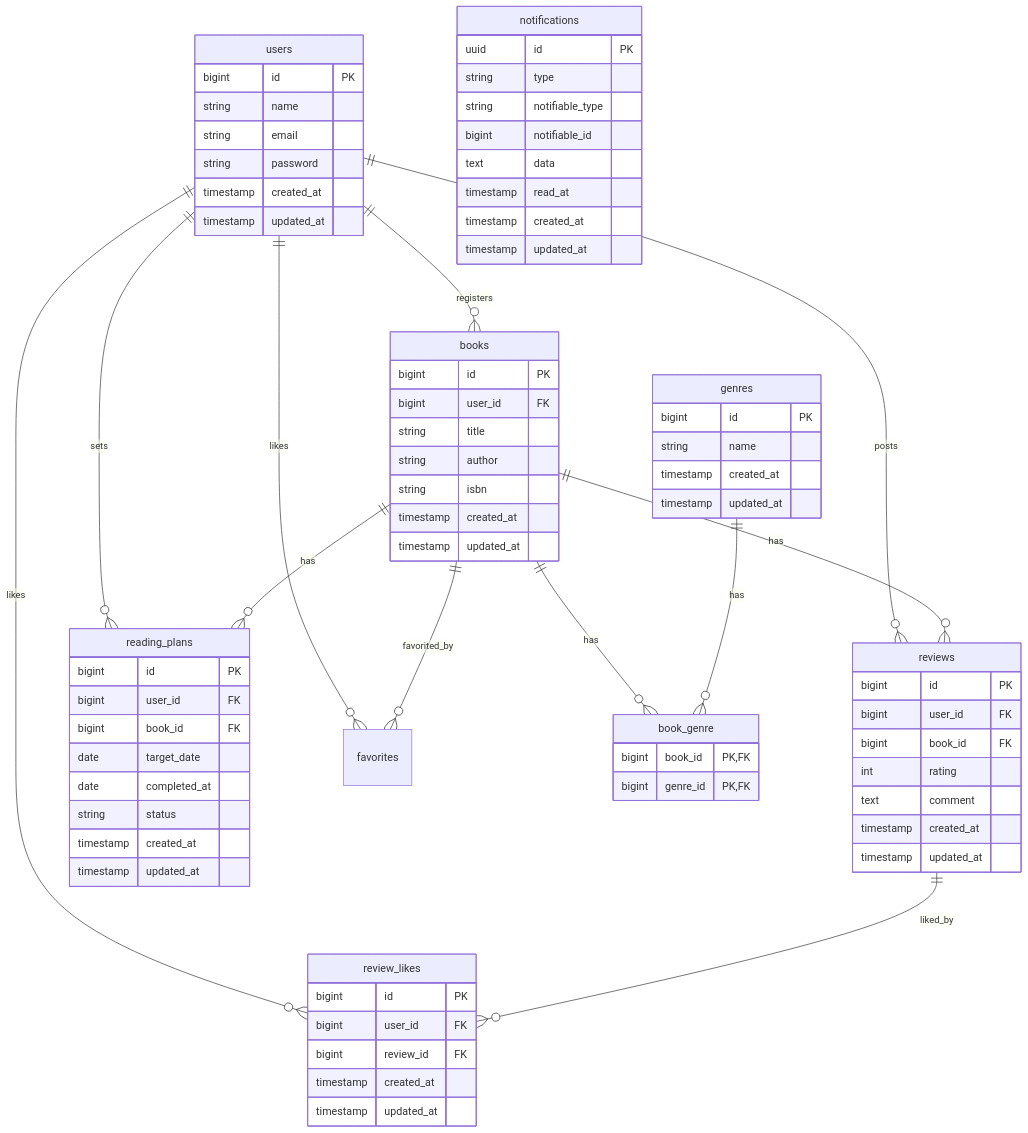
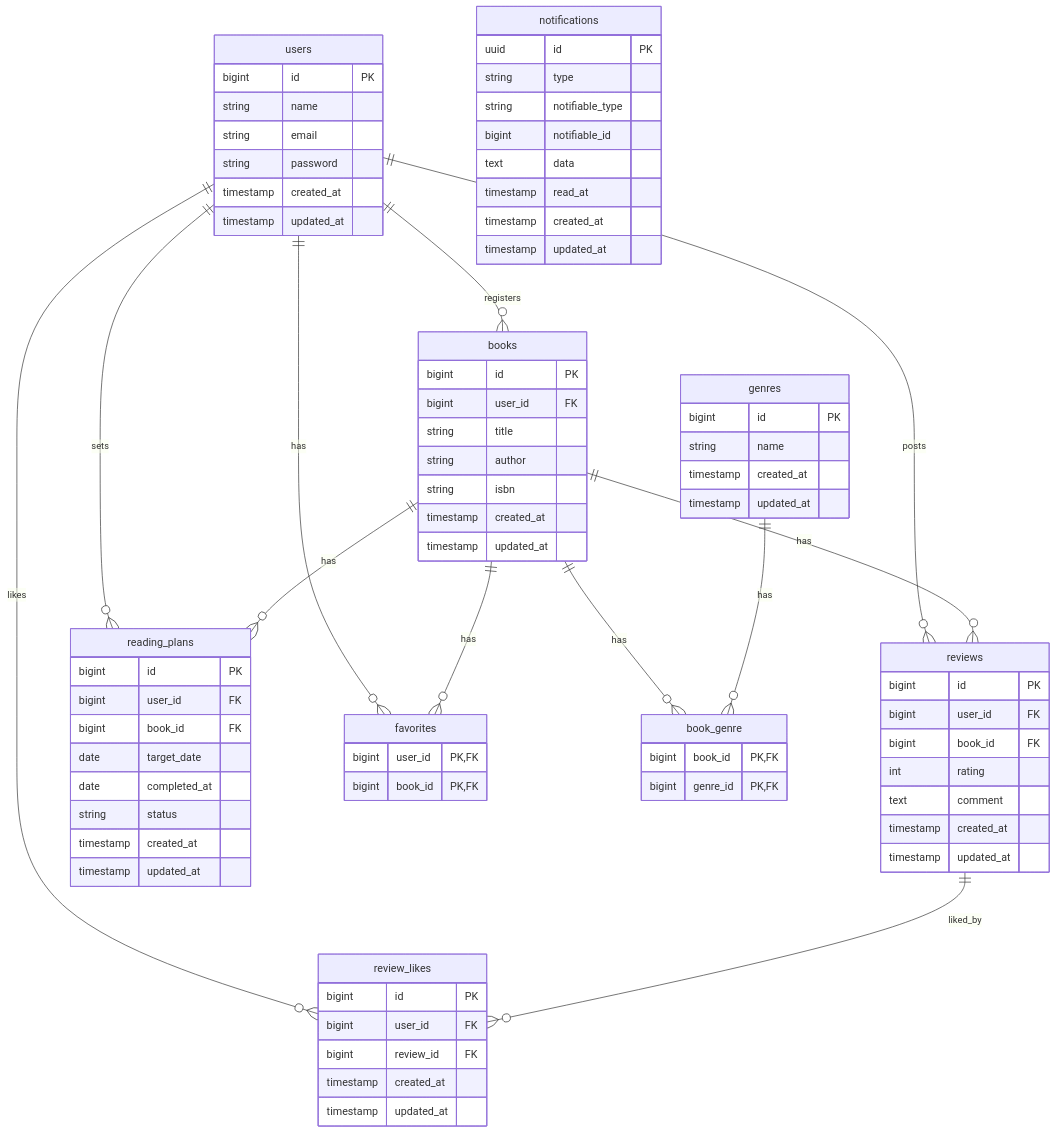
One commit to ainasan0321/bookshelf-app changed the diagram in README.md. Above: the diagram before and after it, drawn with Mermaid.

Commit message:
READMEのER図を修正

```diff
--- a/README.md
+++ b/README.md
@@ -122,12 +122,12 @@
     users ||--o{ books : "registers"
     users ||--o{ reviews : "posts"
     users ||--o{ reading_plans : "sets"
-    users ||--o{ favorites : "likes"
+    users ||--o{ favorites : "has"
     users ||--o{ review_likes : "likes"
 
     books ||--o{ reading_plans : "has"
     books ||--o{ reviews : "has"
-    books ||--o{ favorites : "favorited_by"
+    books ||--o{ favorites : "has"
     books ||--o{ book_genre : "has"
 
     genres || --o{ book_genre : "has"
@@ -163,6 +163,11 @@
     book_genre {
         bigint book_id PK, FK
         bigint genre_id PK, FK
+    }
+
+    favorites {
+        bigint user_id PK, FK
+        bigint book_id PK, FK
     }
 
     reviews {
```
